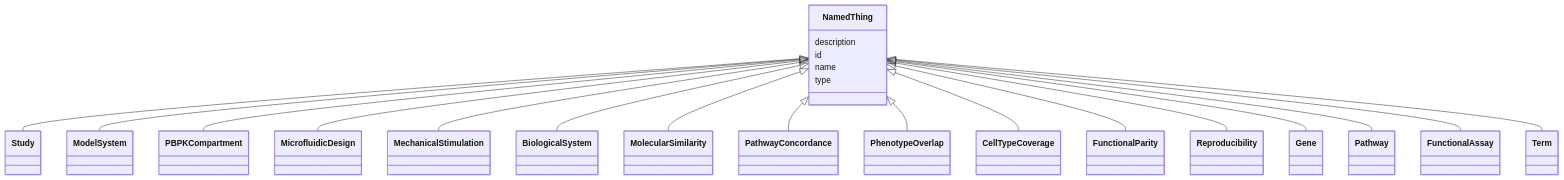
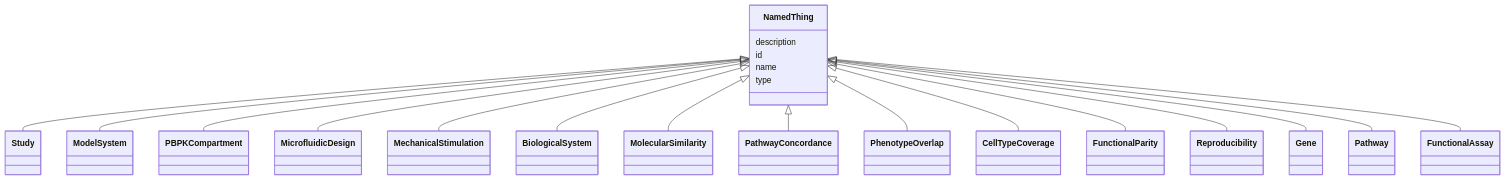
Before and after one commit to monarch-initiative/namo: the diagram in docs/elements/NamedThing.md, drawn with Mermaid. The commit also changed other lines of this file and 307 other files, not shown here.

````diff
--- a/docs/elements/NamedThing.md
+++ b/docs/elements/NamedThing.md
@@ -18,47 +23,45 @@
 ```mermaid
  classDiagram
     class NamedThing
     click NamedThing href "../NamedThing/"
       NamedThing <|-- Study
         click Study href "../Study/"
       NamedThing <|-- ModelSystem
         click ModelSystem href "../ModelSystem/"
       NamedThing <|-- PBPKCompartment
         click PBPKCompartment href "../PBPKCompartment/"
       NamedThing <|-- MicrofluidicDesign
         click MicrofluidicDesign href "../MicrofluidicDesign/"
       NamedThing <|-- MechanicalStimulation
         click MechanicalStimulation href "../MechanicalStimulation/"
       NamedThing <|-- BiologicalSystem
         click BiologicalSystem href "../BiologicalSystem/"
       NamedThing <|-- MolecularSimilarity
         click MolecularSimilarity href "../MolecularSimilarity/"
       NamedThing <|-- PathwayConcordance
         click PathwayConcordance href "../PathwayConcordance/"
       NamedThing <|-- PhenotypeOverlap
         click PhenotypeOverlap href "../PhenotypeOverlap/"
       NamedThing <|-- CellTypeCoverage
         click CellTypeCoverage href "../CellTypeCoverage/"
       NamedThing <|-- FunctionalParity
         click FunctionalParity href "../FunctionalParity/"
       NamedThing <|-- Reproducibility
         click Reproducibility href "../Reproducibility/"
       NamedThing <|-- Gene
         click Gene href "../Gene/"
       NamedThing <|-- Pathway
         click Pathway href "../Pathway/"
       NamedThing <|-- FunctionalAssay
         click FunctionalAssay href "../FunctionalAssay/"
-      NamedThing <|-- Term
-        click Term href "../Term/"
       
       NamedThing : description
         
       NamedThing : id
         
       NamedThing : name
         
       NamedThing : type
         
       
 ```
````
